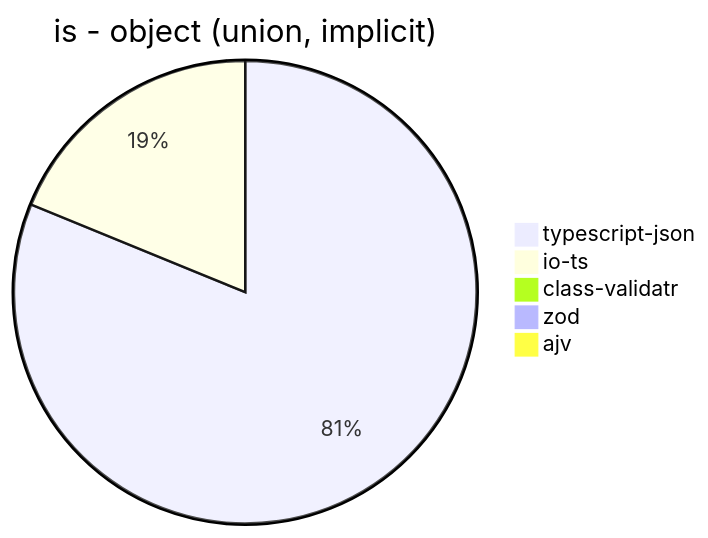
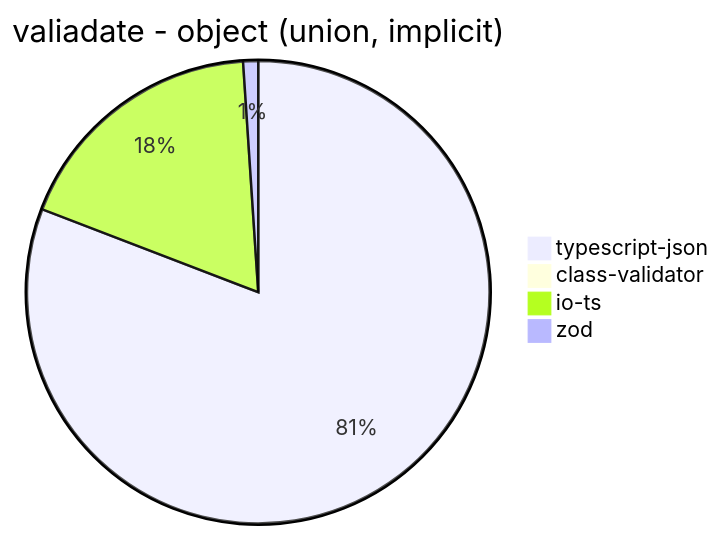
One commit to samchon/typia changed diagram 12 of 32 in benchmark/results/AMD Ryzen 7 5800H with Radeon Graphics.md. Above: the diagram before and after it, drawn with Mermaid. The commit also changed other lines of this file and 14 other files, not shown here.

Commit message:
Close #243 and Fix #244 - enhance json schema

````diff
--- a/benchmark/results/AMD Ryzen 7 5800H with Radeon Graphics.md
+++ b/benchmark/results/AMD Ryzen 7 5800H with Radeon Graphics.md
@@ -142,8 +145,7 @@
 ```mermaid
-pie title is - object (union, implicit)
-  "typescript-json": 13568.74654886803
-  "io-ts": 3144.473293768546
-  "class-validatr": 0
-  "zod": 50.342402369054234
-  "ajv": 0
+pie title valiadate - object (union, implicit)
+  "typescript-json": 4063.213186017026
+  "class-validator": 0
+  "io-ts": 910.6852287109023
+  "zod": 52.69100489273617
 ```
````
